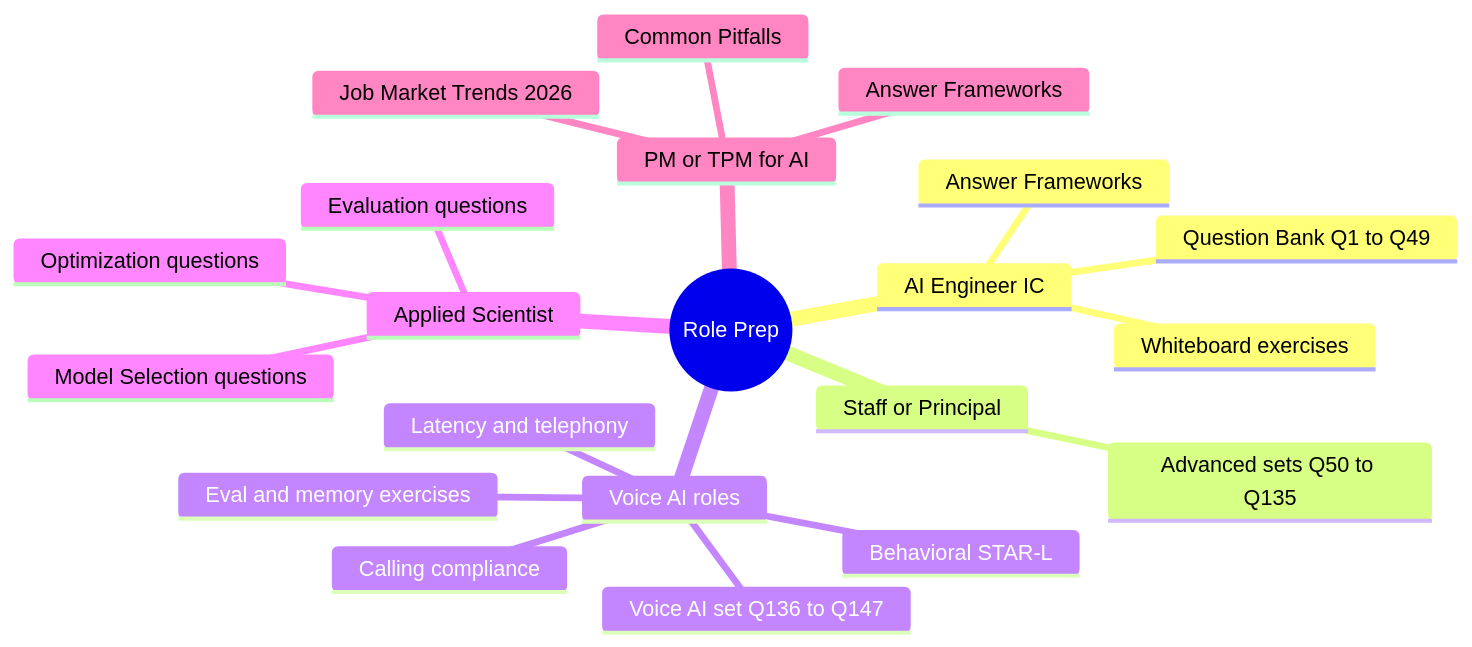
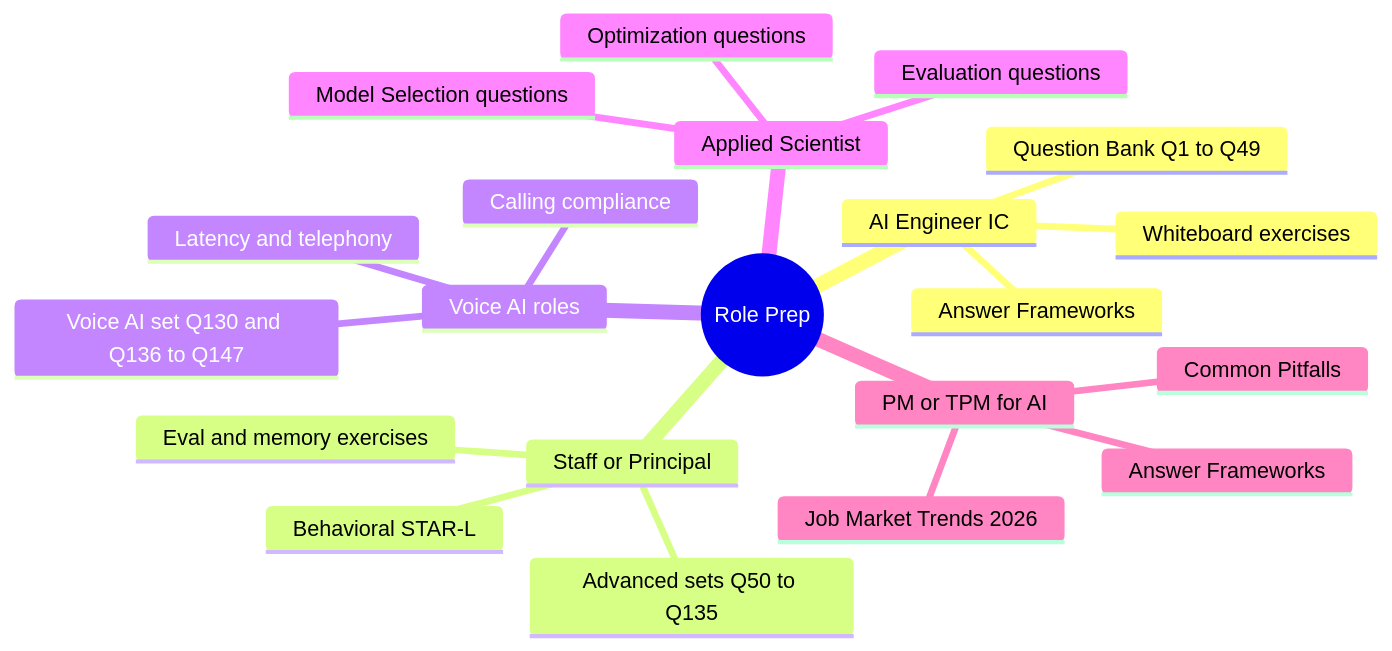
The second of 2 diagrams in 00-interview-prep/README.md (dongphuongman/ai-system-design-guide), drawn with Mermaid before and after one commit. The commit also changed other lines of this file and 78 other files, not shown here.

````diff
--- a/00-interview-prep/README.md
+++ b/00-interview-prep/README.md
@@ -32,24 +32,24 @@
 ```mermaid
 mindmap
   root((Role Prep))
     AI Engineer IC
       Question Bank Q1 to Q49
       Answer Frameworks
       Whiteboard exercises
     Staff or Principal
       Advanced sets Q50 to Q135
+      Behavioral STAR-L
+      Eval and memory exercises
     Voice AI roles
-      Voice AI set Q136 to Q147
+      Voice AI set Q130 and Q136 to Q147
       Latency and telephony
       Calling compliance
-      Behavioral STAR-L
-      Eval and memory exercises
     Applied Scientist
       Model Selection questions
       Evaluation questions
       Optimization questions
     PM or TPM for AI
       Common Pitfalls
       Job Market Trends 2026
       Answer Frameworks
 ```
````
